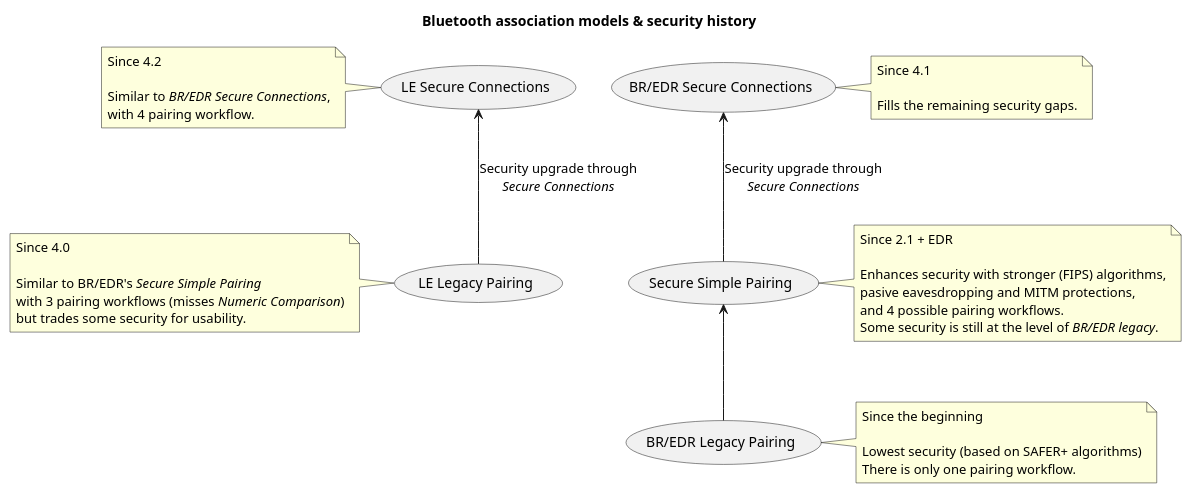
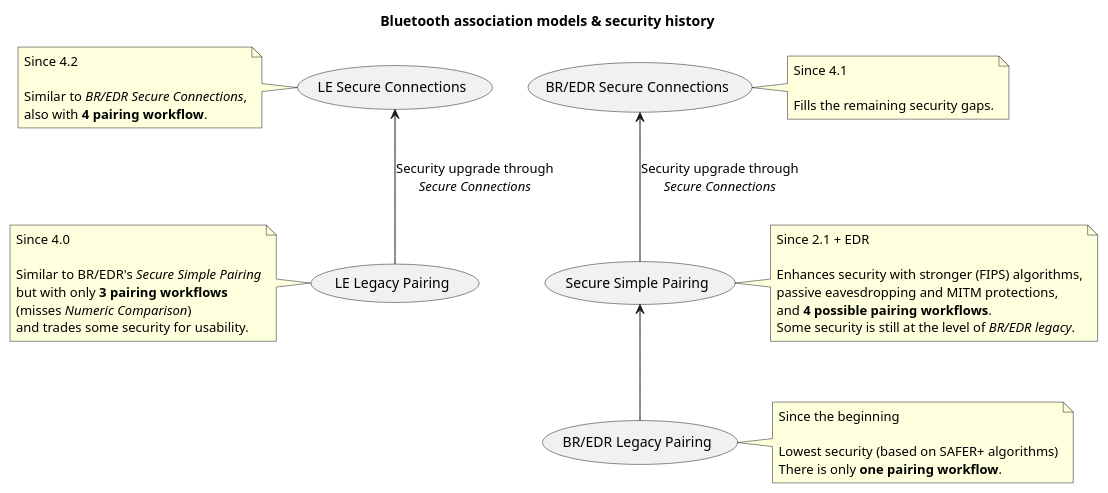
The diagram in _drafts/Make-RPi-bluetooth-receiver-part-1.md (nicolabs/nicolabs.net), drawn with PlantUML before and after one commit. The commit also changed other lines of this file and 98 other files, not shown here.

Commit message:
+ render & display in full size inline plantuml diagrams + module screenfull.js ~ git submodules moved to assets/lib/ ~ more bluetooth... ~ more space after h3

````diff
--- a/_drafts/Make-RPi-bluetooth-receiver-part-1.md
+++ b/_drafts/Make-RPi-bluetooth-receiver-part-1.md
@@ -46,51 +45,52 @@
-```plantuml
+{% plantuml %}
 @startuml
 
 title
     Bluetooth association models & security history
 end title
 
 (BR/EDR Legacy Pairing) as bredr_legacy_pairing
     note right of bredr_legacy_pairing
         Since the beginning
 
         Lowest security (based on SAFER+ algorithms)
-        There is only one pairing workflow.
+        There is only **one pairing workflow**.
     end note
 (Secure Simple Pairing) as secure_simple_pairing
     note right of secure_simple_pairing
         Since 2.1 + EDR
 
         Enhances security with stronger (FIPS) algorithms,
-        pasive eavesdropping and MITM protections,
-        and 4 possible pairing workflows.
+        passive eavesdropping and MITM protections,
+        and **4 possible pairing workflows**.
         Some security is still at the level of <i>BR/EDR legacy</i>.
     end note
 (BR/EDR Secure Connections) as bredr_legacy_secure_connections
     note right of bredr_legacy_secure_connections
         Since 4.1
 
         Fills the remaining security gaps.
     end note
 (LE Legacy Pairing) as le_legacy_pairing
     note left of le_legacy_pairing
         Since 4.0
 
         Similar to BR/EDR's <i>Secure Simple Pairing</i>
-        with 3 pairing workflows (misses <i>Numeric Comparison</i>)
-        but trades some security for usability.
+        but with only **3 pairing workflows**
+        (misses <i>Numeric Comparison</i>)
+        and trades some security for usability.
     end note
 (LE Secure Connections) as le_secure_connections
     note left of le_secure_connections
         Since 4.2
 
         Similar to <i>BR/EDR Secure Connections</i>,
-        with 4 pairing workflow.
+        also with **4 pairing workflow**.
     end note
 
 bredr_legacy_pairing -up-> secure_simple_pairing
 secure_simple_pairing -up-> bredr_legacy_secure_connections : Security upgrade through\n<i>Secure Connections</i>
 le_legacy_pairing -up-> le_secure_connections : Security upgrade through\n<i>Secure Connections</i>
 
 @enduml
-```
+{% endplantuml %}
````
